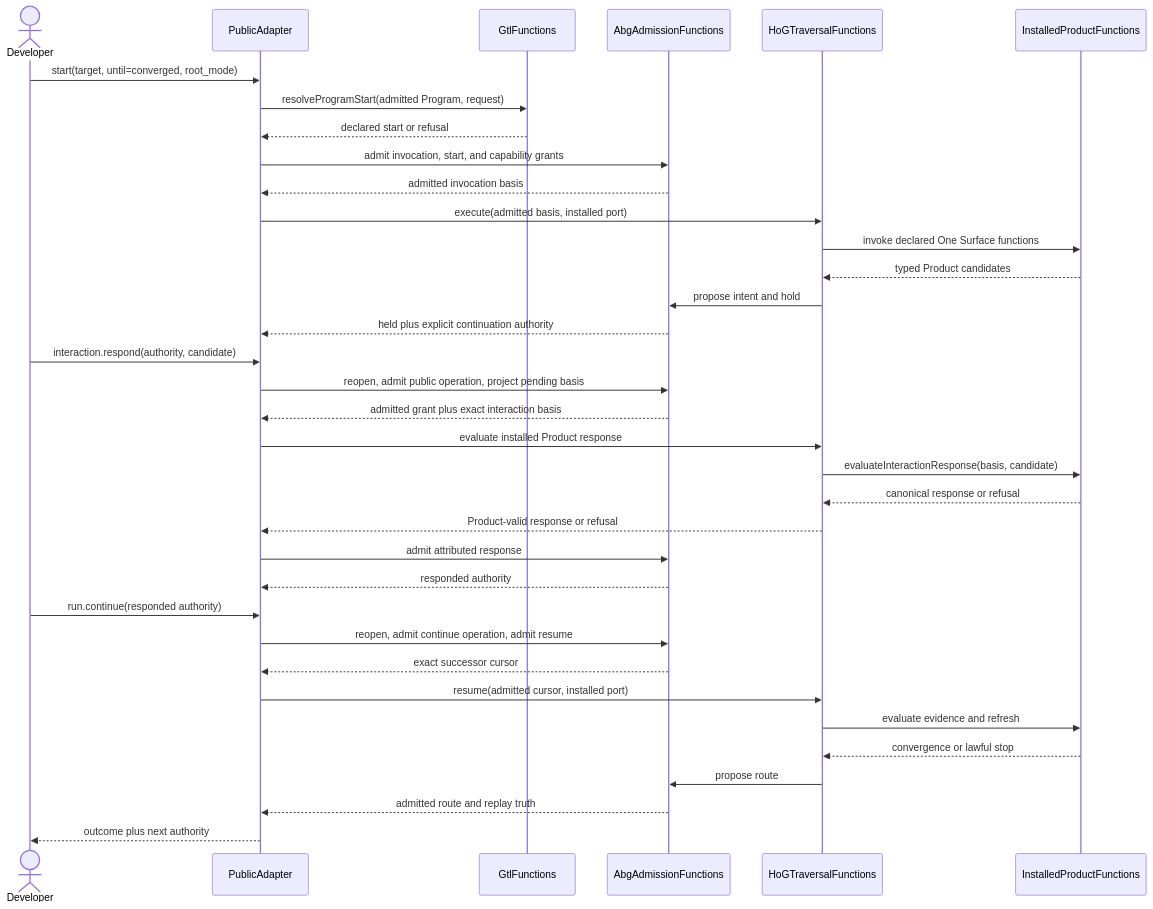
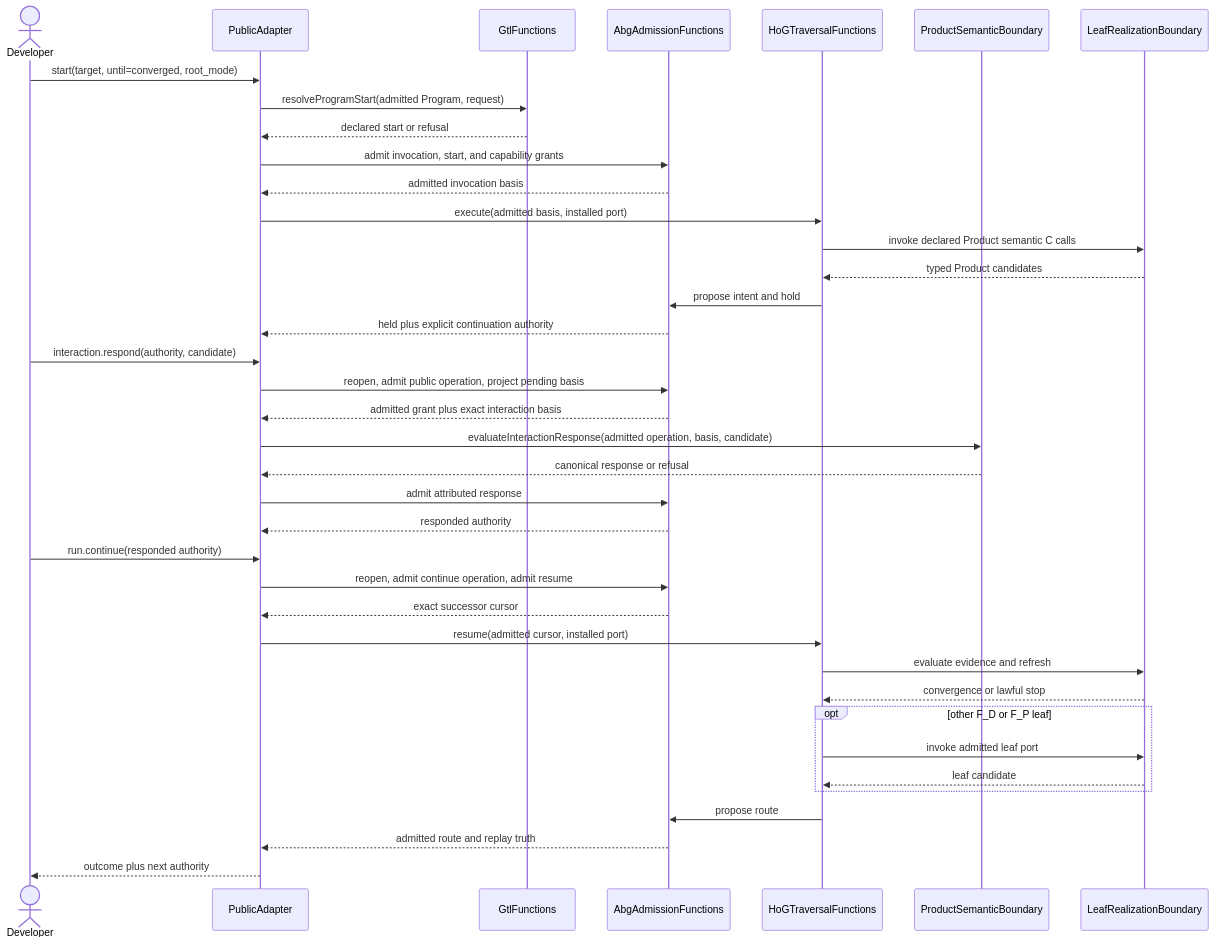
The sixth of 7 diagrams in build_tenants/abiogenesis/typescript/design/M05_DIRECT_GTL_TRAVERSAL_EXPANSION_DESIGN.md (foolishimp/abiogenesis), drawn with Mermaid before and after one commit. The commit also changed other lines of this file and 32 other files, not shown here.

````diff
--- a/build_tenants/abiogenesis/typescript/design/M05_DIRECT_GTL_TRAVERSAL_EXPANSION_DESIGN.md
+++ b/build_tenants/abiogenesis/typescript/design/M05_DIRECT_GTL_TRAVERSAL_EXPANSION_DESIGN.md
@@ -1449,37 +1518,40 @@
 ```mermaid
 sequenceDiagram
   actor Developer
   participant PublicAdapter
   participant GtlFunctions
   participant AbgAdmissionFunctions
   participant HoGTraversalFunctions
-  participant InstalledProductFunctions
+  participant ProductSemanticBoundary
+  participant LeafRealizationBoundary
   Developer->>PublicAdapter: start(target, until=converged, root_mode)
   PublicAdapter->>GtlFunctions: resolveProgramStart(admitted Program, request)
   GtlFunctions-->>PublicAdapter: declared start or refusal
   PublicAdapter->>AbgAdmissionFunctions: admit invocation, start, and capability grants
   AbgAdmissionFunctions-->>PublicAdapter: admitted invocation basis
   PublicAdapter->>HoGTraversalFunctions: execute(admitted basis, installed port)
-  HoGTraversalFunctions->>InstalledProductFunctions: invoke declared One Surface functions
-  InstalledProductFunctions-->>HoGTraversalFunctions: typed Product candidates
+  HoGTraversalFunctions->>LeafRealizationBoundary: invoke declared Product semantic C calls
+  LeafRealizationBoundary-->>HoGTraversalFunctions: typed Product candidates
   HoGTraversalFunctions->>AbgAdmissionFunctions: propose intent and hold
   AbgAdmissionFunctions-->>PublicAdapter: held plus explicit continuation authority
   Developer->>PublicAdapter: interaction.respond(authority, candidate)
   PublicAdapter->>AbgAdmissionFunctions: reopen, admit public operation, project pending basis
   AbgAdmissionFunctions-->>PublicAdapter: admitted grant plus exact interaction basis
-  PublicAdapter->>HoGTraversalFunctions: evaluate installed Product response
-  HoGTraversalFunctions->>InstalledProductFunctions: evaluateInteractionResponse(basis, candidate)
-  InstalledProductFunctions-->>HoGTraversalFunctions: canonical response or refusal
-  HoGTraversalFunctions-->>PublicAdapter: Product-valid response or refusal
+  PublicAdapter->>ProductSemanticBoundary: evaluateInteractionResponse(admitted operation, basis, candidate)
+  ProductSemanticBoundary-->>PublicAdapter: canonical response or refusal
   PublicAdapter->>AbgAdmissionFunctions: admit attributed response
   AbgAdmissionFunctions-->>PublicAdapter: responded authority
   Developer->>PublicAdapter: run.continue(responded authority)
   PublicAdapter->>AbgAdmissionFunctions: reopen, admit continue operation, admit resume
   AbgAdmissionFunctions-->>PublicAdapter: exact successor cursor
   PublicAdapter->>HoGTraversalFunctions: resume(admitted cursor, installed port)
-  HoGTraversalFunctions->>InstalledProductFunctions: evaluate evidence and refresh
-  InstalledProductFunctions-->>HoGTraversalFunctions: convergence or lawful stop
+  HoGTraversalFunctions->>LeafRealizationBoundary: evaluate evidence and refresh
+  LeafRealizationBoundary-->>HoGTraversalFunctions: convergence or lawful stop
+  opt other F_D or F_P leaf
+    HoGTraversalFunctions->>LeafRealizationBoundary: invoke admitted leaf port
+    LeafRealizationBoundary-->>HoGTraversalFunctions: leaf candidate
+  end
   HoGTraversalFunctions->>AbgAdmissionFunctions: propose route
   AbgAdmissionFunctions-->>PublicAdapter: admitted route and replay truth
   PublicAdapter-->>Developer: outcome plus next authority
 ```
````
